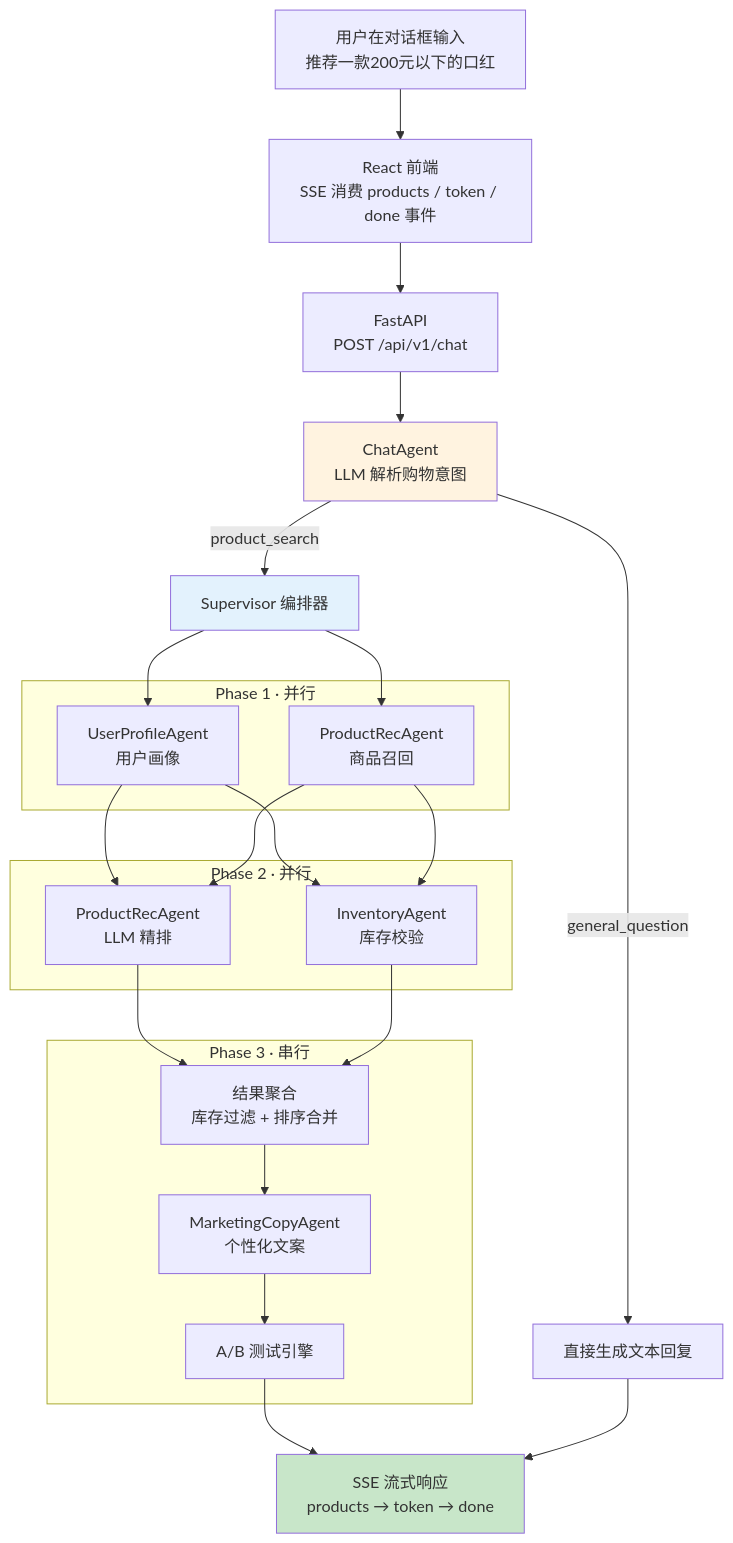
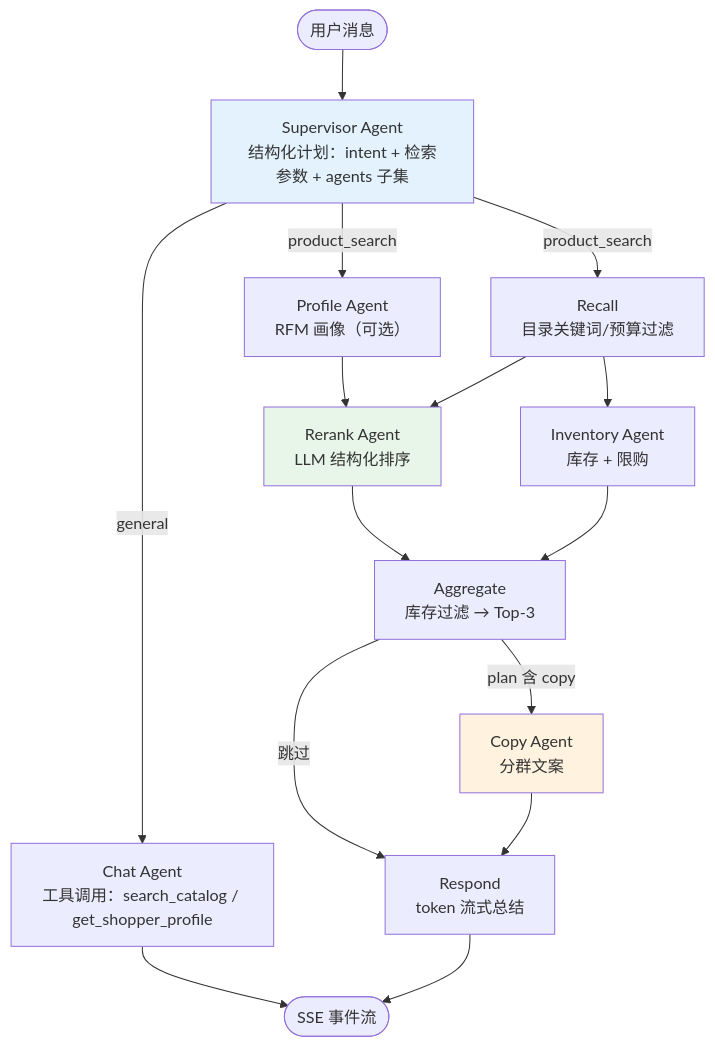
The diagram in README.md (heyheyHazel/Awesome-Agentic-Shopping-Assistant), drawn with Mermaid before and after one commit. The commit also changed other lines of this file and 70 other files, not shown here.

````diff
--- a/README.md
+++ b/README.md
@@ -7,37 +28,21 @@
 ```mermaid
-graph TB
-    USER["用户在对话框输入<br/>推荐一款200元以下的口红"] --> FRONT["React 前端<br/>SSE 消费 products / token / done 事件"]
-    FRONT --> API["FastAPI<br/>POST /api/v1/chat"]
-    API --> CHAT["ChatAgent<br/>LLM 解析购物意图"]
-    CHAT -->|product_search| SUP["Supervisor 编排器"]
-    CHAT -->|general_question| REPLY["直接生成文本回复"]
+graph TD
+    START([用户消息]) --> SUP["Supervisor Agent<br/>结构化计划：intent + 检索参数 + agents 子集"]
+    SUP -->|"general"| CHAT["Chat Agent<br/>工具调用：search_catalog / get_shopper_profile"]
+    SUP -->|"product_search"| PROFILE["Profile Agent<br/>RFM 画像（可选）"]
+    SUP -->|"product_search"| RECALL["Recall<br/>目录关键词/预算过滤"]
+    PROFILE --> RERANK["Rerank Agent<br/>LLM 结构化排序"]
+    RECALL --> RERANK
+    RERANK --> AGG["Aggregate<br/>库存过滤 → Top-3"]
+    RECALL --> INV["Inventory Agent<br/>库存 + 限购"]
+    INV --> AGG
+    AGG -->|"plan 含 copy"| COPY["Copy Agent<br/>分群文案"]
+    AGG -->|"跳过"| RESP["Respond<br/>token 流式总结"]
+    COPY --> RESP
+    CHAT --> DONE([SSE 事件流])
+    RESP --> DONE
 
-    subgraph P1["Phase 1 · 并行"]
-        PROFILE["UserProfileAgent<br/>用户画像"]
-        RECALL["ProductRecAgent<br/>商品召回"]
-    end
-
-    subgraph P2["Phase 2 · 并行"]
-        RERANK["ProductRecAgent<br/>LLM 精排"]
-        INVENTORY["InventoryAgent<br/>库存校验"]
-    end
-
-    subgraph P3["Phase 3 · 串行"]
-        AGG["结果聚合<br/>库存过滤 + 排序合并"]
-        COPY["MarketingCopyAgent<br/>个性化文案"]
-        AB["A/B 测试引擎"]
-    end
-
-    SUP --> PROFILE
-    SUP --> RECALL
-    PROFILE & RECALL --> RERANK & INVENTORY
-    RERANK & INVENTORY --> AGG
-    AGG --> COPY
-    COPY --> AB
-    AB --> SSE["SSE 流式响应<br/>products → token → done"]
-    REPLY --> SSE
-
-    style CHAT fill:#fff3e0
     style SUP fill:#e3f2fd
-    style SSE fill:#c8e6c9
+    style RERANK fill:#e8f5e9
+    style COPY fill:#fff3e0
 ```
````
